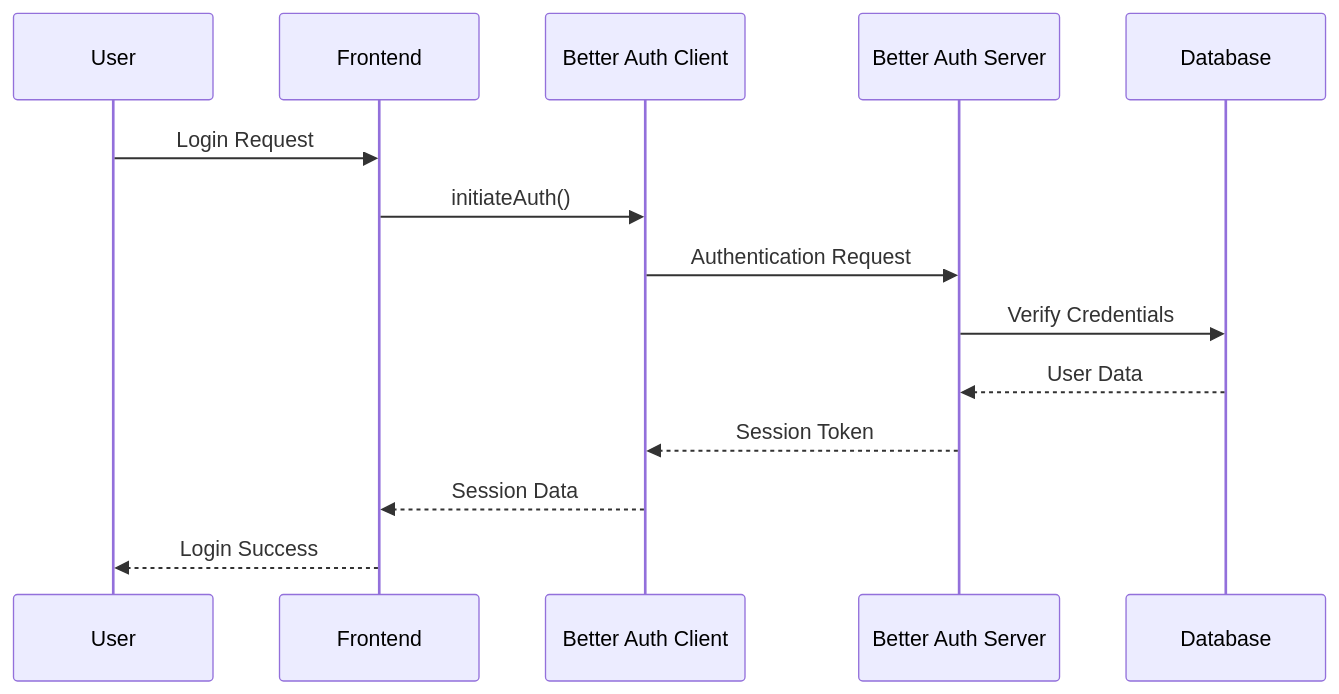
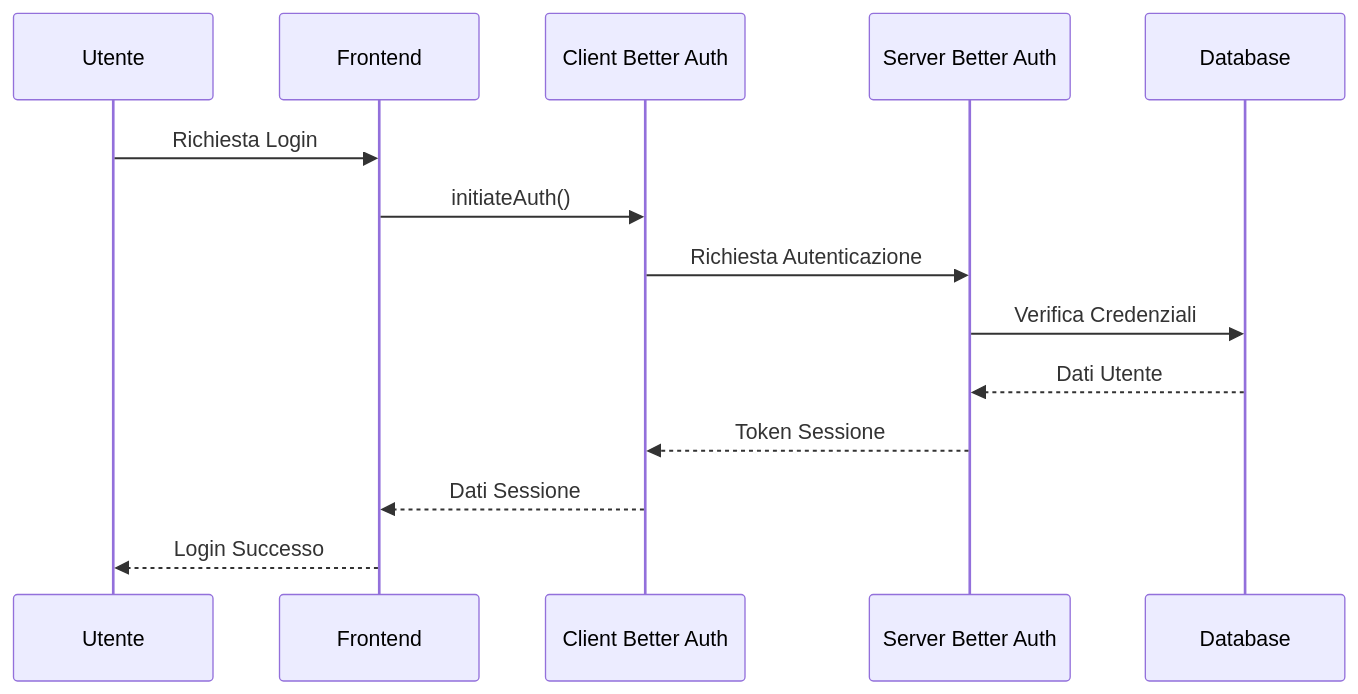
One commit to rosariomoscato/ValutAI changed the fifth of 11 diagrams in ValutAI Tech Summary.md. Above: the diagram before and after it, drawn with Mermaid. The commit also changed other lines of this file and 3 other files, not shown here.

````diff
--- a/ValutAI Tech Summary.md
+++ b/ValutAI Tech Summary.md
@@ -339,17 +339,17 @@
 ```mermaid
 sequenceDiagram
-    participant U as User
+    participant U as Utente
     participant F as Frontend
-    participant A as Better Auth Client
-    participant S as Better Auth Server
+    participant A as Client Better Auth
+    participant S as Server Better Auth
     participant DB as Database
     
-    U->>F: Login Request
+    U->>F: Richiesta Login
     F->>A: initiateAuth()
-    A->>S: Authentication Request
-    S->>DB: Verify Credentials
-    DB-->>S: User Data
-    S-->>A: Session Token
-    A-->>F: Session Data
-    F-->>U: Login Success
+    A->>S: Richiesta Autenticazione
+    S->>DB: Verifica Credenziali
+    DB-->>S: Dati Utente
+    S-->>A: Token Sessione
+    A-->>F: Dati Sessione
+    F-->>U: Login Successo
 ```
````
